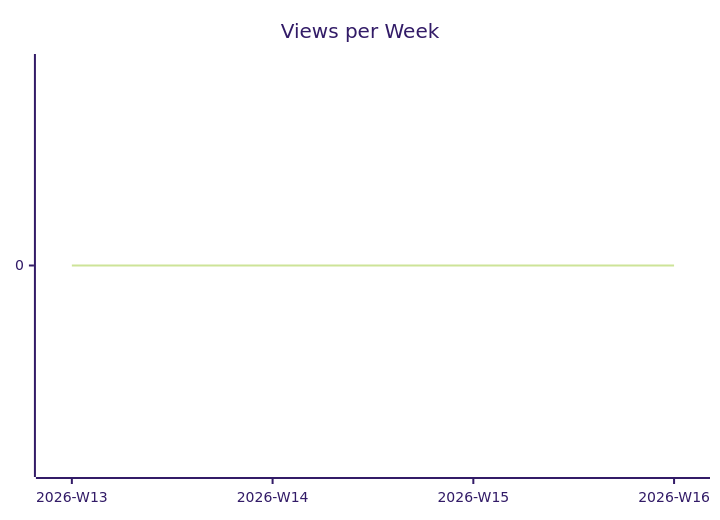
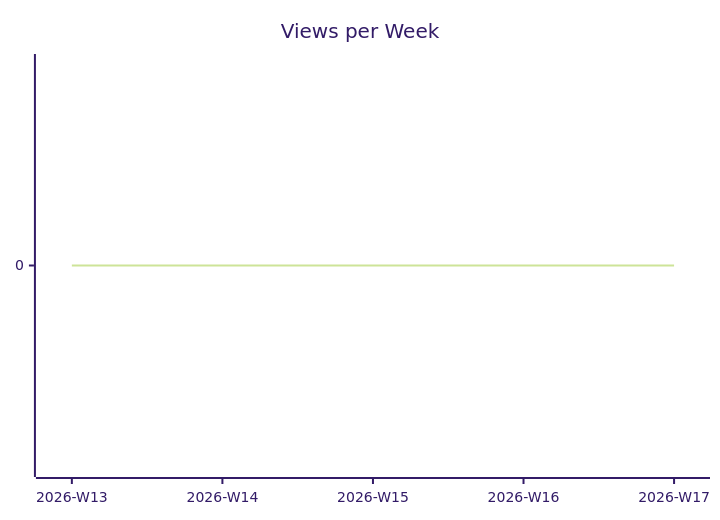
One commit to justdavis-family/github-analytics-data changed the second of 3 diagrams in karlmdavis/workstation-base-ansible-role/README.md. Above: the diagram before and after it, drawn with Mermaid (forest theme). The commit also changed other lines of this file and 198 other files, not shown here.

````diff
--- a/karlmdavis/workstation-base-ansible-role/README.md
+++ b/karlmdavis/workstation-base-ansible-role/README.md
@@ -12,6 +12,6 @@
 ```mermaid
 xychart-beta
   title "Views per Week"
-  x-axis ["2026-W13", "2026-W14", "2026-W15", "2026-W16"]
-  line [0, 0, 0, 0]
+  x-axis ["2026-W13", "2026-W14", "2026-W15", "2026-W16", "2026-W17"]
+  line [0, 0, 0, 0, 0]
 ```
````
